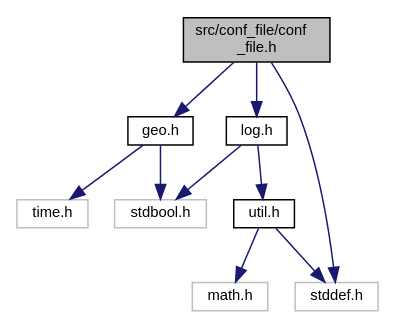
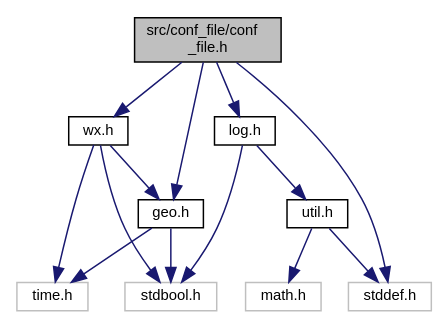
One commit to slakpi/piwx changed the diagram in conf__file_8h__incl.dot. Above: the diagram before and after it, drawn with Graphviz. The commit also changed 76 other files, not shown here.

```diff
--- a/conf__file_8h__incl.dot
+++ b/conf__file_8h__incl.dot
@@ -1,22 +1,27 @@
 digraph "src/conf_file/conf_file.h"
 {
   edge [fontname="Helvetica",fontsize="10",labelfontname="Helvetica",labelfontsize="10"];
   node [fontname="Helvetica",fontsize="10",shape=record];
   Node0 [label="src/conf_file/conf\l_file.h",height=0.2,width=0.4,color="black", fillcolor="grey75", style="filled", fontcolor="black"];
   Node0 -> Node1 [color="midnightblue",fontsize="10",style="solid",fontname="Helvetica"];
   Node1 [label="geo.h",height=0.2,width=0.4,color="black", fillcolor="white", style="filled",URL="$geo_8h.html"];
   Node1 -> Node2 [color="midnightblue",fontsize="10",style="solid",fontname="Helvetica"];
   Node2 [label="stdbool.h",height=0.2,width=0.4,color="grey75", fillcolor="white", style="filled"];
   Node1 -> Node3 [color="midnightblue",fontsize="10",style="solid",fontname="Helvetica"];
   Node3 [label="time.h",height=0.2,width=0.4,color="grey75", fillcolor="white", style="filled"];
   Node0 -> Node4 [color="midnightblue",fontsize="10",style="solid",fontname="Helvetica"];
   Node4 [label="log.h",height=0.2,width=0.4,color="black", fillcolor="white", style="filled",URL="$log_8h.html"];
   Node4 -> Node5 [color="midnightblue",fontsize="10",style="solid",fontname="Helvetica"];
   Node5 [label="util.h",height=0.2,width=0.4,color="black", fillcolor="white", style="filled",URL="$util_8h.html"];
   Node5 -> Node6 [color="midnightblue",fontsize="10",style="solid",fontname="Helvetica"];
   Node6 [label="math.h",height=0.2,width=0.4,color="grey75", fillcolor="white", style="filled"];
   Node5 -> Node7 [color="midnightblue",fontsize="10",style="solid",fontname="Helvetica"];
   Node7 [label="stddef.h",height=0.2,width=0.4,color="grey75", fillcolor="white", style="filled"];
   Node4 -> Node2 [color="midnightblue",fontsize="10",style="solid",fontname="Helvetica"];
+  Node0 -> Node8 [color="midnightblue",fontsize="10",style="solid",fontname="Helvetica"];
+  Node8 [label="wx.h",height=0.2,width=0.4,color="black", fillcolor="white", style="filled",URL="$wx_8h.html"];
+  Node8 -> Node1 [color="midnightblue",fontsize="10",style="solid",fontname="Helvetica"];
+  Node8 -> Node2 [color="midnightblue",fontsize="10",style="solid",fontname="Helvetica"];
+  Node8 -> Node3 [color="midnightblue",fontsize="10",style="solid",fontname="Helvetica"];
   Node0 -> Node7 [color="midnightblue",fontsize="10",style="solid",fontname="Helvetica"];
 }
```
